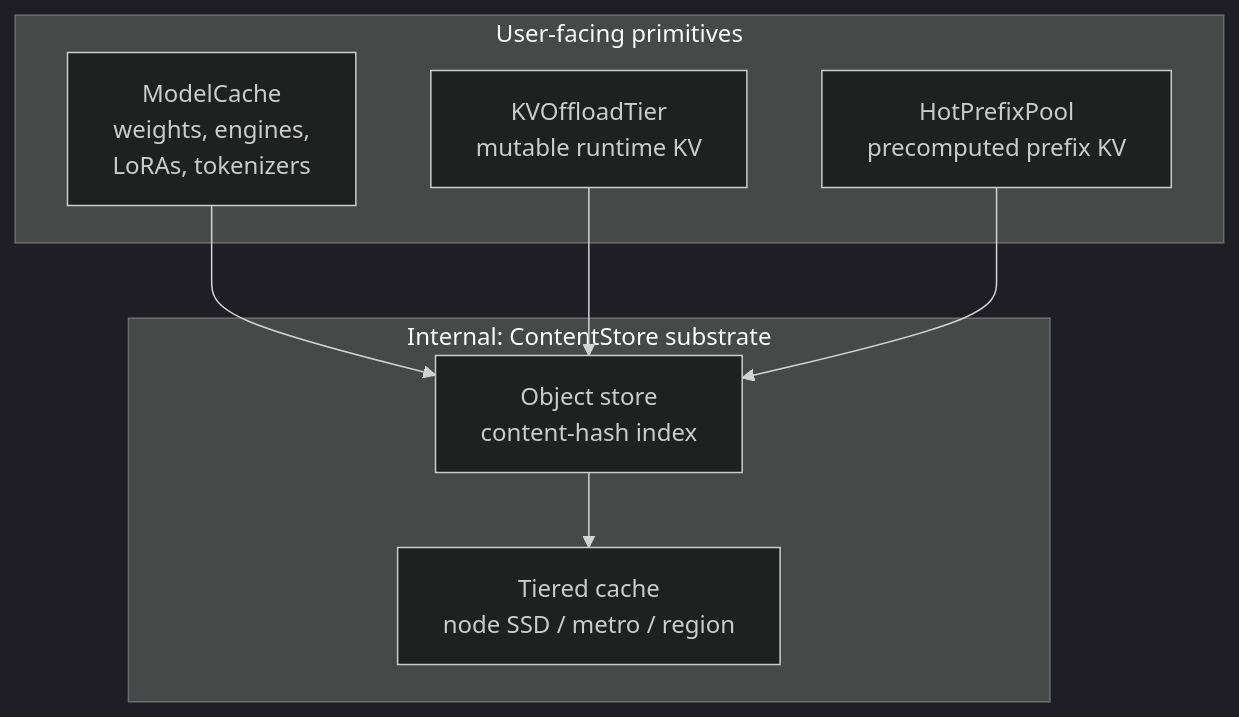
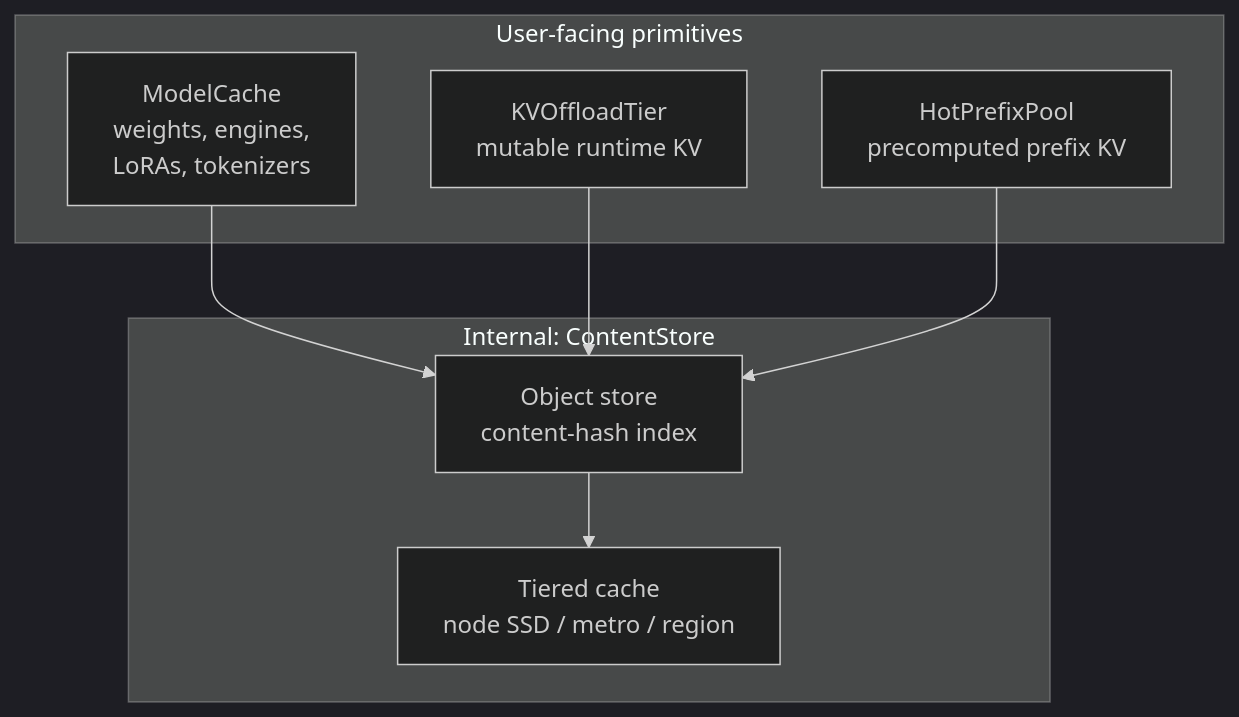
Before and after one commit to modelplaneai/modelplane: the fourth of 4 diagrams in design/modelcache/design.md, drawn with Mermaid (dark theme). The commit also changed other lines of this file and 7 other files, not shown here.

````diff
--- a/design/modelcache/design.md
+++ b/design/modelcache/design.md
@@ -208,16 +200,16 @@
 ```mermaid
 flowchart TB
   subgraph USER[User-facing primitives]
     MC[ModelCache<br/>weights, engines,<br/>LoRAs, tokenizers]
     KV[KVOffloadTier<br/>mutable runtime KV]
     HPP[HotPrefixPool<br/>precomputed prefix KV]
   end
-  subgraph SUBSTRATE[Internal: ContentStore substrate]
+  subgraph SUBSTRATE[Internal: ContentStore]
     HASH[Object store<br/>content-hash index]
     TIER[Tiered cache<br/>node SSD / metro / region]
   end
   MC --> HASH
   KV --> HASH
   HPP --> HASH
   HASH --> TIER
 ```
````
